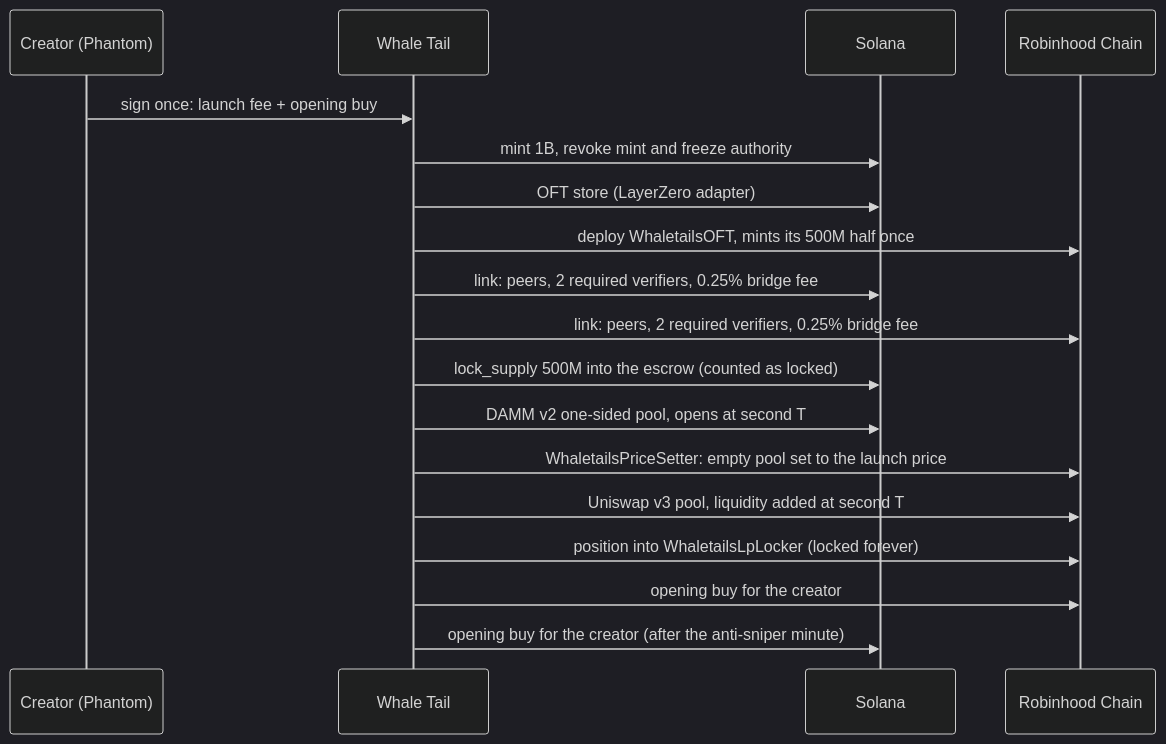
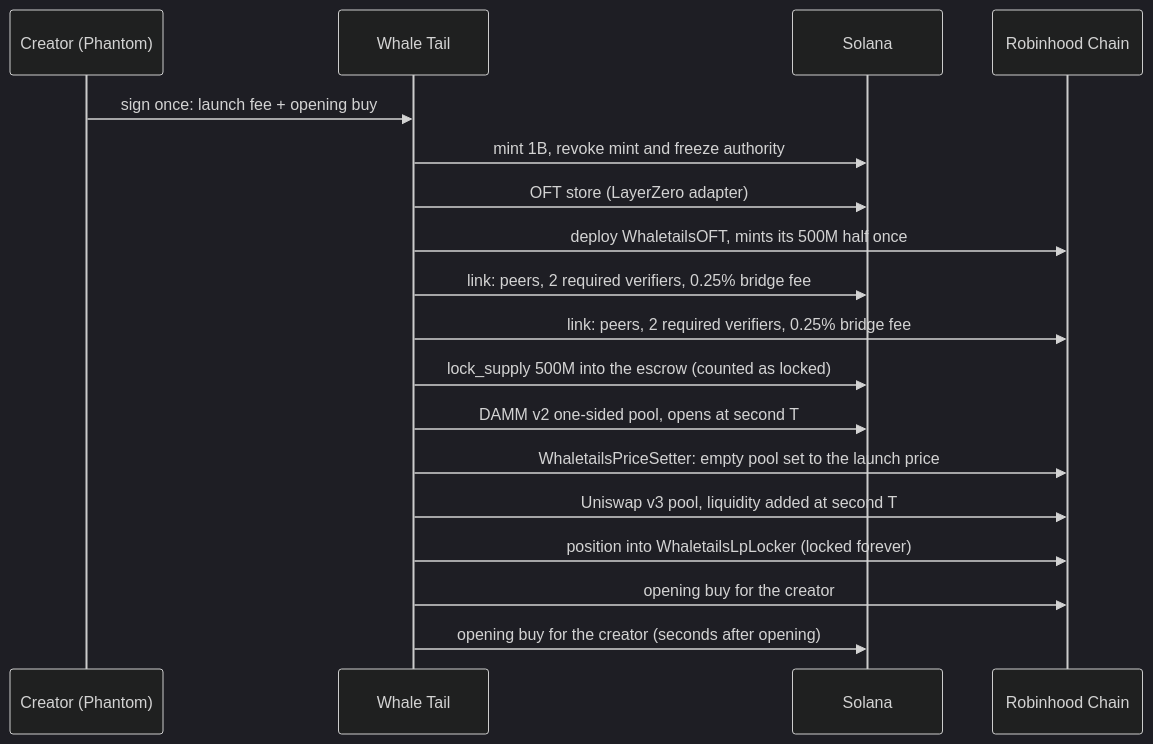
The diagram in README.md (Seniuscrypto/whaletails), drawn with Mermaid (dark theme) before and after one commit. The commit also changed other lines of this file, not shown here.

Commit message:
README: built on 2026-10-20/21 (launch from TikTok, YouTube, X and Instagram links; the poster gets 10% of creator fees; no snipe tax on Solana with the new DBC configs; TikTok link on every coin; key reveal with password and bot code); updated numbers and fee table

````diff
--- a/README.md
+++ b/README.md
@@ -105,20 +115,20 @@
 ```mermaid
 sequenceDiagram
     participant C as Creator (Phantom)
     participant W as Whale Tail
     participant S as Solana
     participant R as Robinhood Chain
     C->>W: sign once: launch fee + opening buy
     W->>S: mint 1B, revoke mint and freeze authority
     W->>S: OFT store (LayerZero adapter)
     W->>R: deploy WhaletailsOFT, mints its 500M half once
     W->>S: link: peers, 2 required verifiers, 0.25% bridge fee
     W->>R: link: peers, 2 required verifiers, 0.25% bridge fee
     W->>S: lock_supply 500M into the escrow (counted as locked)
     W->>S: DAMM v2 one-sided pool, opens at second T
     W->>R: WhaletailsPriceSetter: empty pool set to the launch price
     W->>R: Uniswap v3 pool, liquidity added at second T
     W->>R: position into WhaletailsLpLocker (locked forever)
     W->>R: opening buy for the creator
-    W->>S: opening buy for the creator (after the anti-sniper minute)
+    W->>S: opening buy for the creator (seconds after opening)
 ```
````
